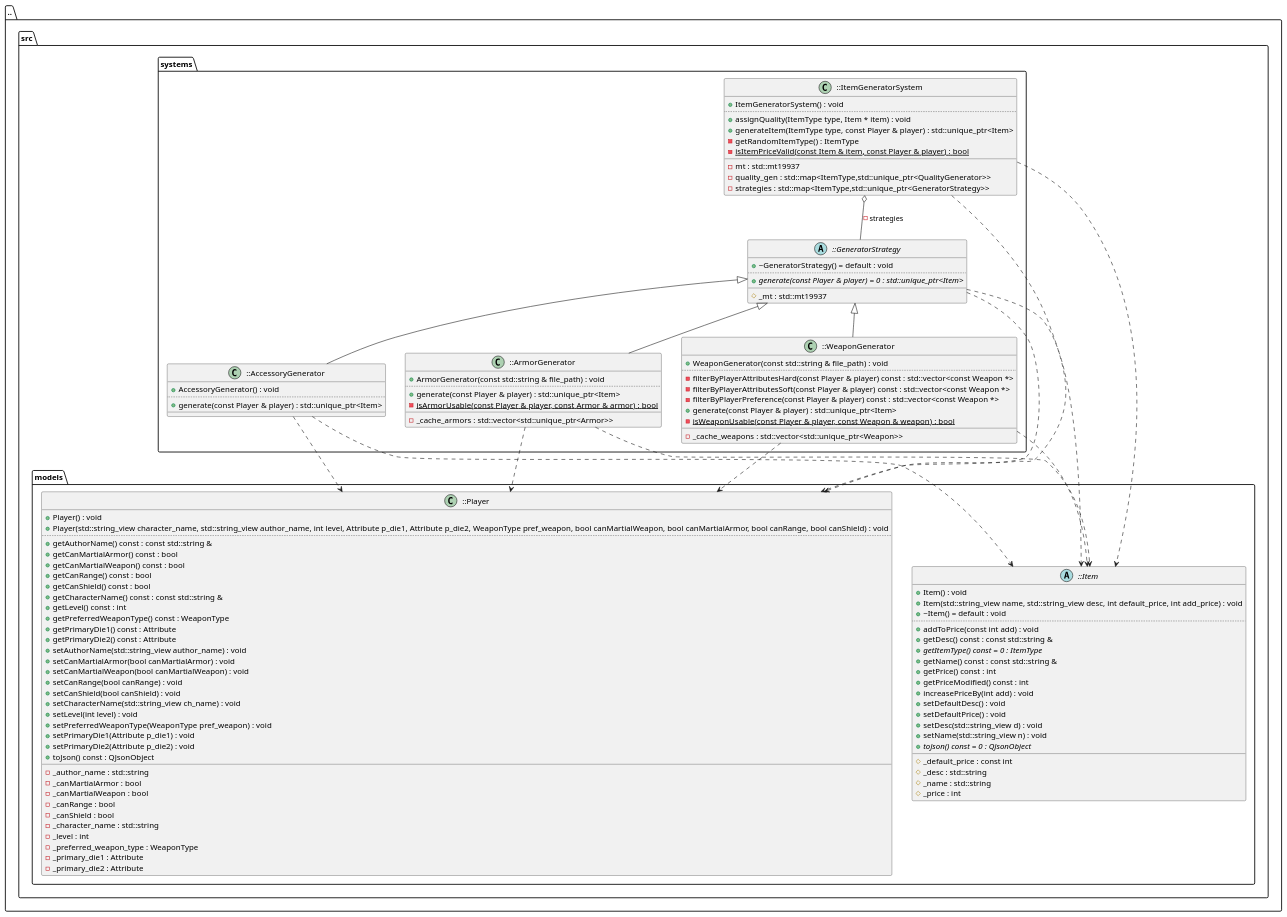
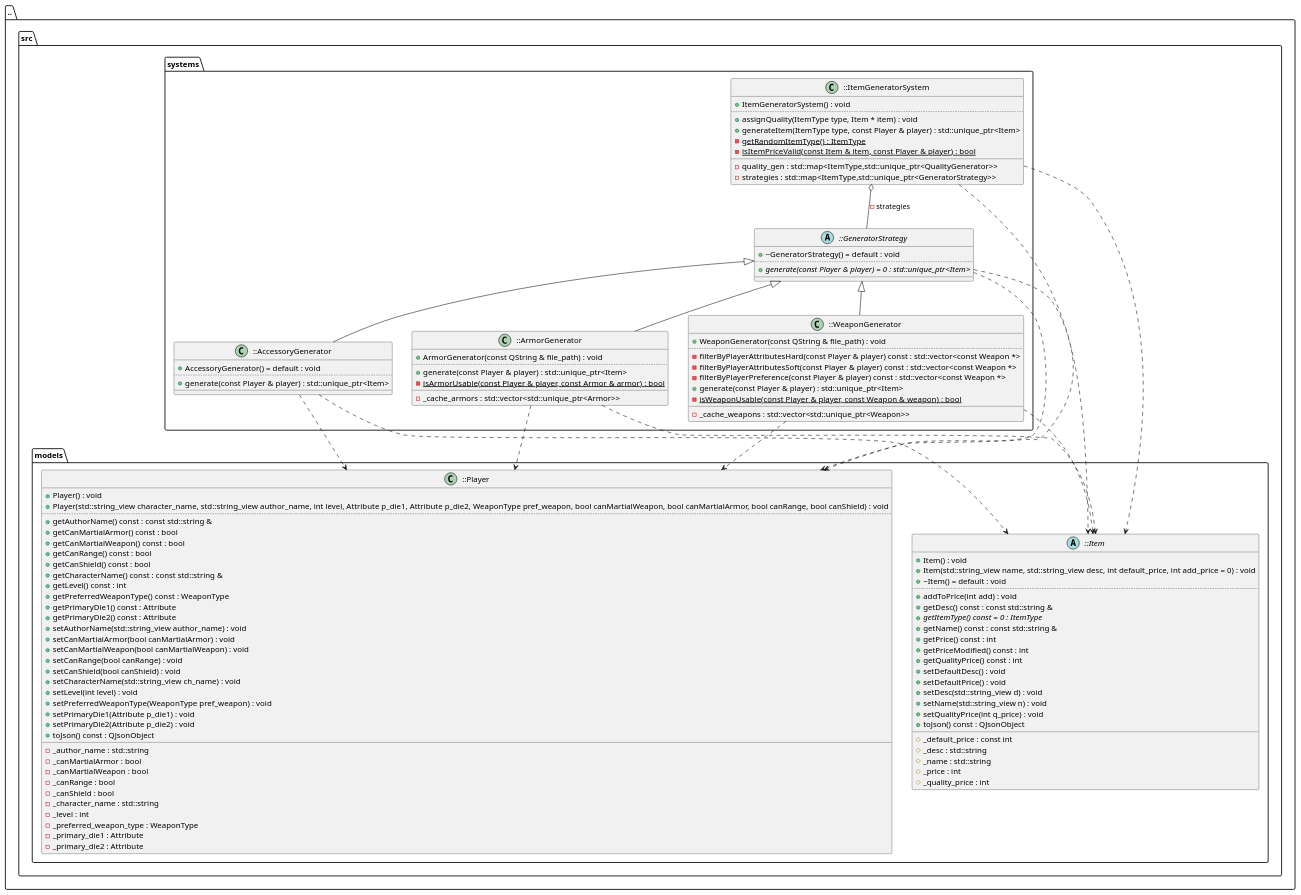
One commit to FasolowySpioch/faubla-ultima-item-generator changed the diagram in docs/diagrams/GeneratorStrategy_diagram.puml. Above: the diagram before and after it, drawn with PlantUML. The commit also changed 36 other files, not shown here.

Commit message:
diagrams

```diff
--- a/docs/diagrams/GeneratorStrategy_diagram.puml
+++ b/docs/diagrams/GeneratorStrategy_diagram.puml
@@ -1,138 +1,138 @@
 @startuml
 package [..] as C_0016431317663134048372 {
 package [src] as C_0010634688166860467214 {
 package [models] as C_0001626712604113445200 {
 abstract "::Item" as C_0005967165952864249862
 abstract C_0005967165952864249862 {
 +Item() : void
-+Item(std::string_view name, std::string_view desc, int default_price, int add_price) : void
++Item(std::string_view name, std::string_view desc, int default_price, int add_price = 0) : void
 +~Item() = default : void
 ..
-+addToPrice(const int add) : void
++addToPrice(int add) : void
 +getDesc() const : const std::string &
 {abstract} +getItemType() const = 0 : ItemType
 +getName() const : const std::string &
 +getPrice() const : int
 +getPriceModified() const : int
-+increasePriceBy(int add) : void
++getQualityPrice() const : int
 +setDefaultDesc() : void
 +setDefaultPrice() : void
 +setDesc(std::string_view d) : void
 +setName(std::string_view n) : void
-{abstract} +toJson() const = 0 : QJsonObject
++setQualityPrice(int q_price) : void
++toJson() const : QJsonObject
 __
 #_default_price : const int
 #_desc : std::string
 #_name : std::string
 #_price : int
+#_quality_price : int
 }
 class "::Player" as C_0003692324345213718176
 class C_0003692324345213718176 {
 +Player() : void
 +Player(std::string_view character_name, std::string_view author_name, int level, Attribute p_die1, Attribute p_die2, WeaponType pref_weapon, bool canMartialWeapon, bool canMartialArmor, bool canRange, bool canShield) : void
 ..
 +getAuthorName() const : const std::string &
 +getCanMartialArmor() const : bool
 +getCanMartialWeapon() const : bool
 +getCanRange() const : bool
 +getCanShield() const : bool
 +getCharacterName() const : const std::string &
 +getLevel() const : int
 +getPreferredWeaponType() const : WeaponType
 +getPrimaryDie1() const : Attribute
 +getPrimaryDie2() const : Attribute
 +setAuthorName(std::string_view author_name) : void
 +setCanMartialArmor(bool canMartialArmor) : void
 +setCanMartialWeapon(bool canMartialWeapon) : void
 +setCanRange(bool canRange) : void
 +setCanShield(bool canShield) : void
 +setCharacterName(std::string_view ch_name) : void
 +setLevel(int level) : void
 +setPreferredWeaponType(WeaponType pref_weapon) : void
 +setPrimaryDie1(Attribute p_die1) : void
 +setPrimaryDie2(Attribute p_die2) : void
 +toJson() const : QJsonObject
 __
 -_author_name : std::string
 -_canMartialArmor : bool
 -_canMartialWeapon : bool
 -_canRange : bool
 -_canShield : bool
 -_character_name : std::string
 -_level : int
 -_preferred_weapon_type : WeaponType
 -_primary_die1 : Attribute
 -_primary_die2 : Attribute
 }
 }
 package [systems] as C_0016692703261607978348 {
 abstract "::GeneratorStrategy" as C_0003391557478520177739
 abstract C_0003391557478520177739 {
 +~GeneratorStrategy() = default : void
 ..
 {abstract} +generate(const Player & player) = 0 : std::unique_ptr<Item>
 __
-#_mt : std::mt19937
 }
 class "::ItemGeneratorSystem" as C_0003751086353887321154
 class C_0003751086353887321154 {
 +ItemGeneratorSystem() : void
 ..
 +assignQuality(ItemType type, Item * item) : void
 +generateItem(ItemType type, const Player & player) : std::unique_ptr<Item>
--getRandomItemType() : ItemType
+{static} -getRandomItemType() : ItemType
 {static} -isItemPriceValid(const Item & item, const Player & player) : bool
 __
--mt : std::mt19937
 -quality_gen : std::map<ItemType,std::unique_ptr<QualityGenerator>>
 -strategies : std::map<ItemType,std::unique_ptr<GeneratorStrategy>>
 }
 class "::AccessoryGenerator" as C_0004788119760935680862
 class C_0004788119760935680862 {
-+AccessoryGenerator() : void
++AccessoryGenerator() = default : void
 ..
 +generate(const Player & player) : std::unique_ptr<Item>
 __
 }
 class "::ArmorGenerator" as C_0005567866987455504025
 class C_0005567866987455504025 {
-+ArmorGenerator(const std::string & file_path) : void
++ArmorGenerator(const QString & file_path) : void
 ..
 +generate(const Player & player) : std::unique_ptr<Item>
 {static} -isArmorUsable(const Player & player, const Armor & armor) : bool
 __
 -_cache_armors : std::vector<std::unique_ptr<Armor>>
 }
 class "::WeaponGenerator" as C_0004150406585329947926
 class C_0004150406585329947926 {
-+WeaponGenerator(const std::string & file_path) : void
++WeaponGenerator(const QString & file_path) : void
 ..
 -filterByPlayerAttributesHard(const Player & player) const : std::vector<const Weapon *>
 -filterByPlayerAttributesSoft(const Player & player) const : std::vector<const Weapon *>
 -filterByPlayerPreference(const Player & player) const : std::vector<const Weapon *>
 +generate(const Player & player) : std::unique_ptr<Item>
 {static} -isWeaponUsable(const Player & player, const Weapon & weapon) : bool
 __
 -_cache_weapons : std::vector<std::unique_ptr<Weapon>>
 }
 }
 }
 }
 C_0003391557478520177739 ..> C_0003692324345213718176
 C_0003391557478520177739 ..> C_0005967165952864249862
 C_0003751086353887321154 ..> C_0005967165952864249862
 C_0003751086353887321154 ..> C_0003692324345213718176
 C_0003751086353887321154 o-- C_0003391557478520177739 : -strategies
 C_0004788119760935680862 ..> C_0003692324345213718176
 C_0004788119760935680862 ..> C_0005967165952864249862
 C_0003391557478520177739 <|-- C_0004788119760935680862
 C_0005567866987455504025 ..> C_0003692324345213718176
 C_0005567866987455504025 ..> C_0005967165952864249862
 C_0003391557478520177739 <|-- C_0005567866987455504025
 C_0004150406585329947926 ..> C_0003692324345213718176
 C_0004150406585329947926 ..> C_0005967165952864249862
 C_0003391557478520177739 <|-- C_0004150406585329947926
 
 'Generated with clang-uml, version 0.6.2
 'LLVM version clang version 20.1.7 (https://github.com/llvm/llvm-project.git 6146a88f60492b520a36f8f8f3231e15f3cc6082)
 @enduml
```
